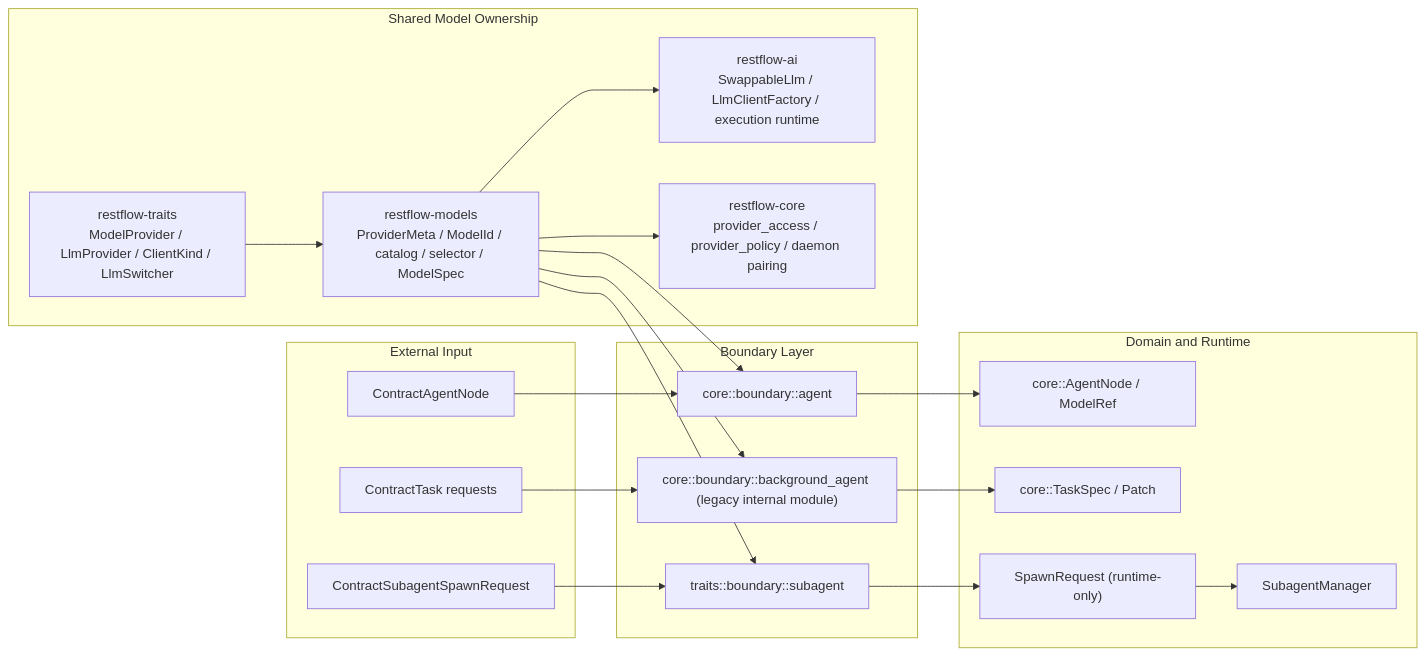
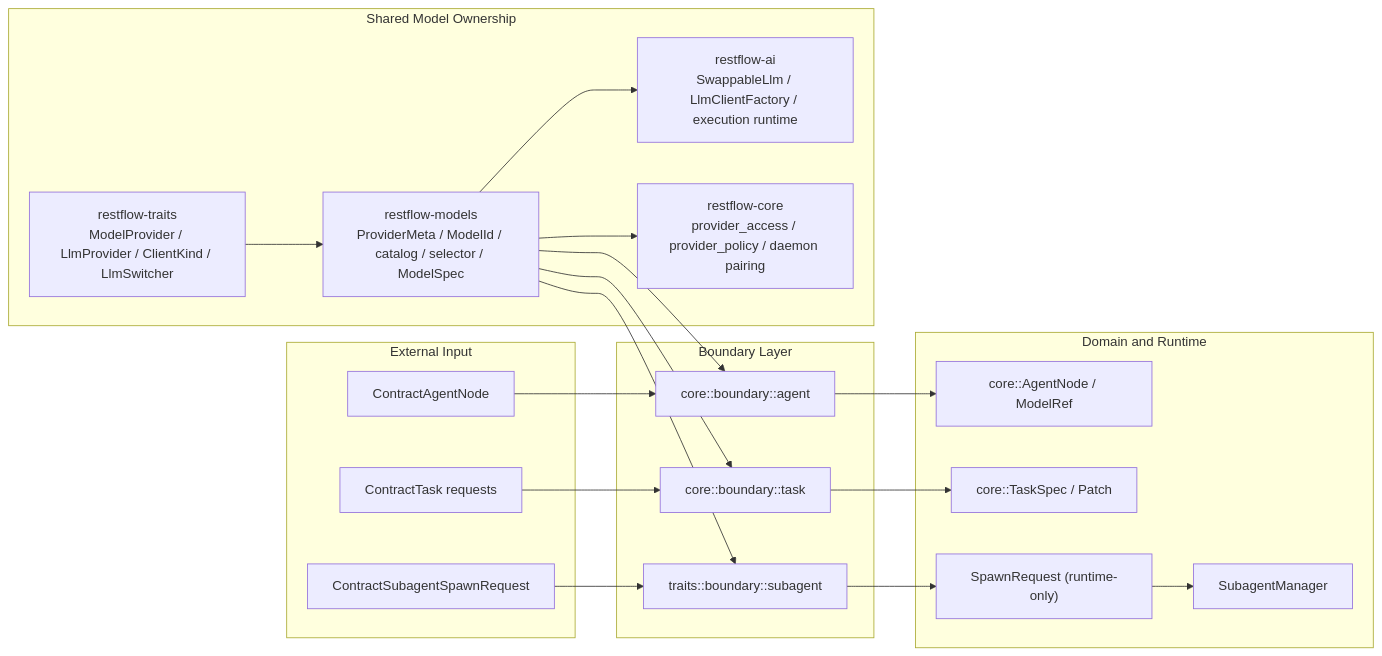
One commit to lhwzds/restflow changed the fourth of 4 diagrams in SYSTEM_ARCHITECTURE.md. Above: the diagram before and after it, drawn with Mermaid. The commit also changed 18 other files, not shown here.

Commit message:
refactor(task): rename command boundary modules

````diff
--- a/SYSTEM_ARCHITECTURE.md
+++ b/SYSTEM_ARCHITECTURE.md
@@ -159,39 +159,39 @@
 ```mermaid
 flowchart LR
     subgraph INPUT["External Input"]
         A["ContractAgentNode"]
         B["ContractTask requests"]
         C["ContractSubagentSpawnRequest"]
     end
 
     subgraph BOUNDARY["Boundary Layer"]
         BA["core::boundary::agent"]
-        BB["core::boundary::background_agent (legacy internal module)"]
+        BB["core::boundary::task"]
         BS["traits::boundary::subagent"]
     end
 
     subgraph DOMAIN["Domain and Runtime"]
         DA["core::AgentNode / ModelRef"]
         DB["core::TaskSpec / Patch"]
         SR["SpawnRequest (runtime-only)"]
         SM["SubagentManager"]
     end
 
     subgraph MODELS["Shared Model Ownership"]
         T["restflow-traits\nModelProvider / LlmProvider / ClientKind / LlmSwitcher"]
         M["restflow-models\nProviderMeta / ModelId / catalog / selector / ModelSpec"]
         AI["restflow-ai\nSwappableLlm / LlmClientFactory / execution runtime"]
         C0["restflow-core\nprovider_access / provider_policy / daemon pairing"]
     end
 
     A --> BA --> DA
     B --> BB --> DB
     C --> BS --> SR --> SM
 
     T --> M
     M --> BA
     M --> BB
     M --> BS
     M --> AI
     M --> C0
 ```
````
